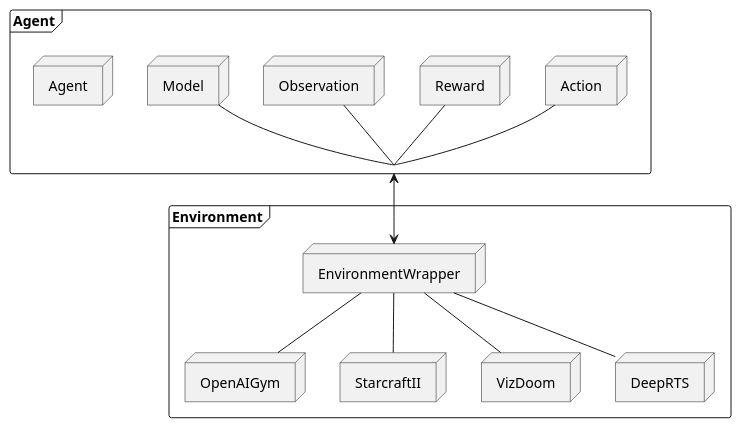
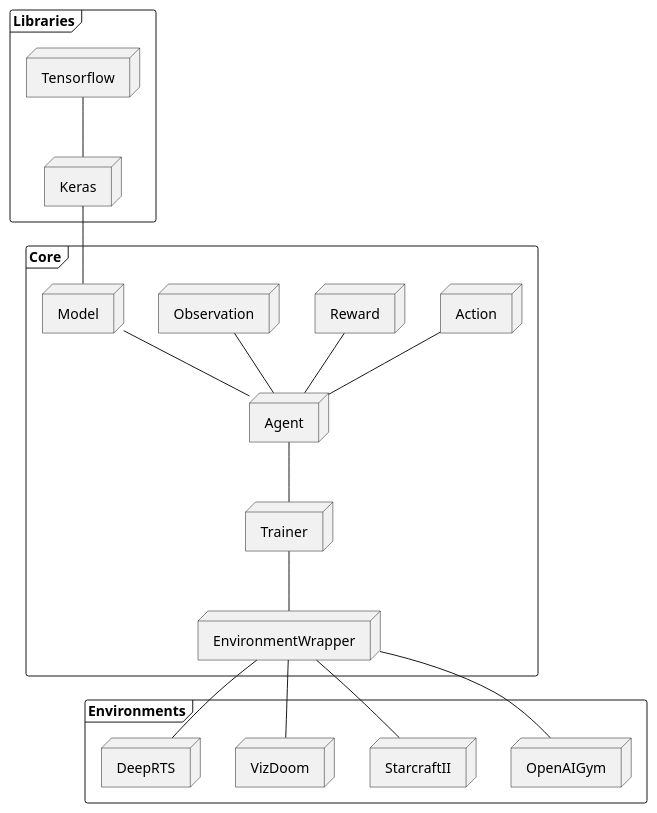
One commit to marcocspc/URNAI-Tools changed the diagram in docs/diagrams/source/arch.wsd. Above: the diagram before and after it, drawn with PlantUML. The commit also changed 1 other file, not shown here.

```diff
--- a/docs/diagrams/source/arch.wsd
+++ b/docs/diagrams/source/arch.wsd
@@ -1,35 +1,44 @@
 @startuml
 ' Allow elements from other diagrams to be mixed here.
 ' In this case I mix "frame" from class diagram and "node" from deployment diagram.
 allow_mixing
 
 ' Agent part.
-frame Agent {
+frame Core {
 	node Agent
 	node Observation
 	node Reward
 	node Model
 	node Action
+	node EnvironmentWrapper
+    node Trainer
 }
 
 ' Environment Part
-frame Environment {
-	node EnvironmentWrapper
+frame Environments {
 	node OpenAIGym
     node StarcraftII
     node VizDoom
     node DeepRTS
 }
 
+frame Libraries {
+    node Keras
+    node Tensorflow
+}
+
 ' Connections between nodes
+Keras -up- Tensorflow 
+Model -up- Keras
 Agent -up- Model
 Agent -up- Observation
 Agent -up- Reward
 Agent -up- Action
-Agent <-down-> EnvironmentWrapper
+Agent -down- Trainer 
+Trainer -down- EnvironmentWrapper
 EnvironmentWrapper -down- OpenAIGym 
 EnvironmentWrapper -down- StarcraftII 
 EnvironmentWrapper -down- VizDoom 
 EnvironmentWrapper -down- DeepRTS 
 
 @enduml
```
